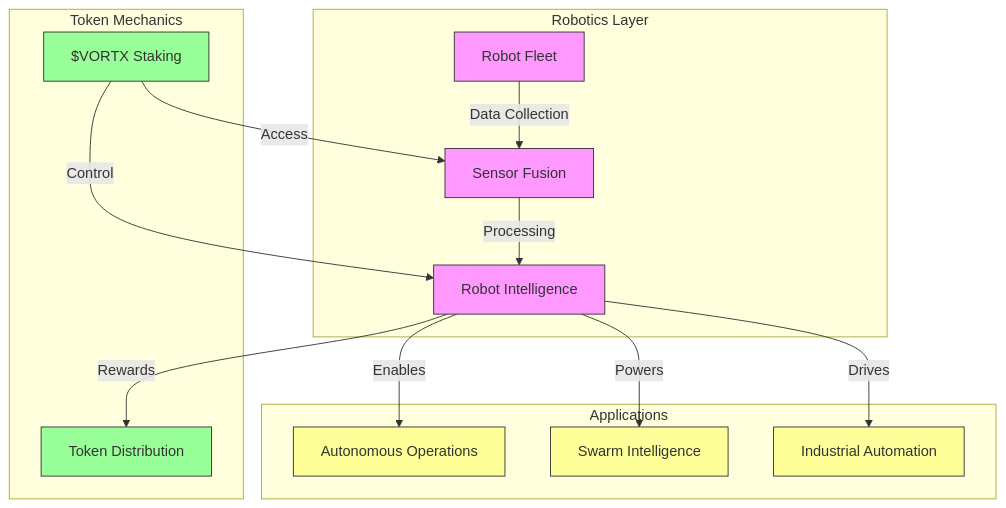
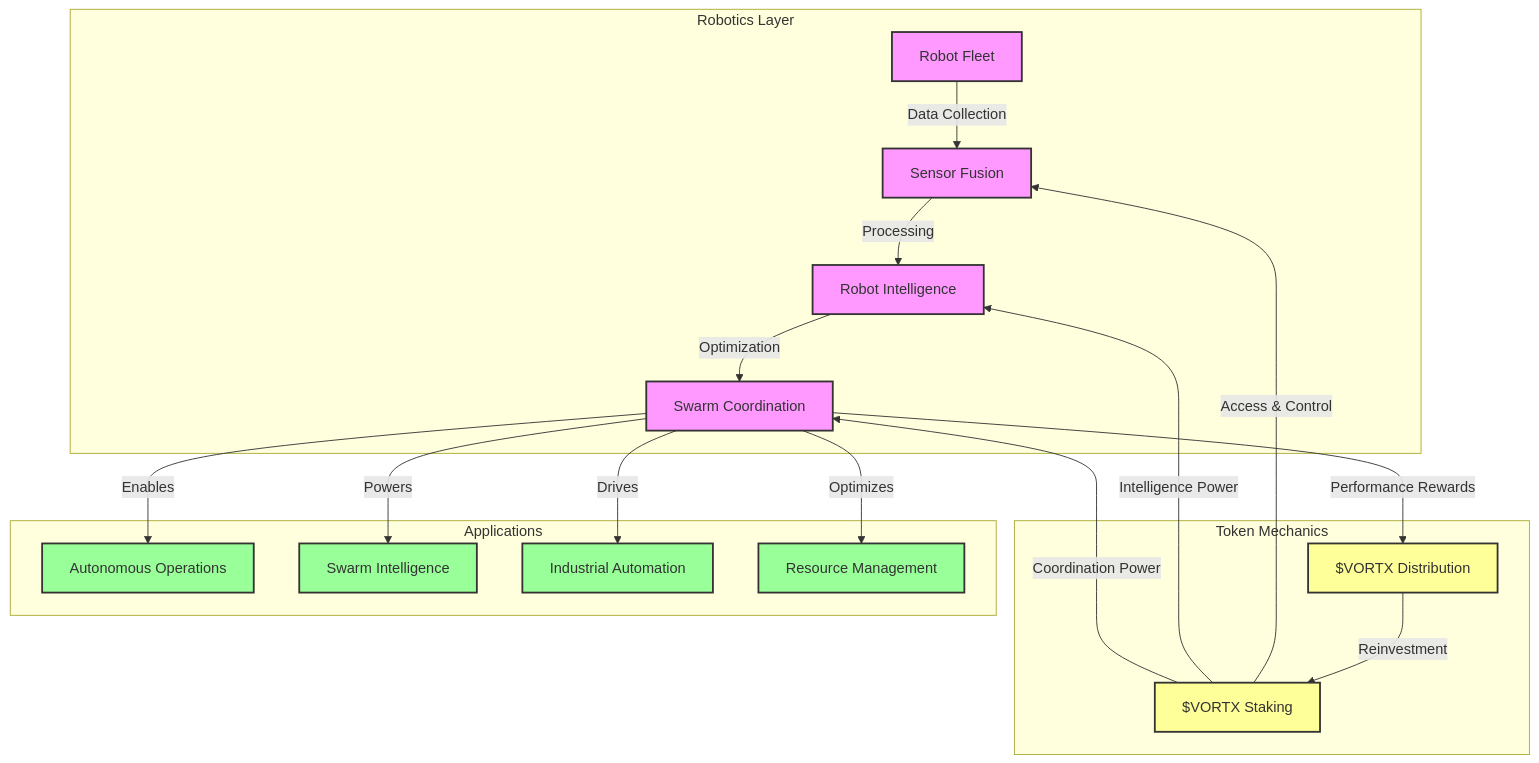
One commit to Vortx-AI/synthetic-satellite changed the first of 4 diagrams in docs/whitepapers/emerging-tech.md. Above: the diagram before and after it, drawn with Mermaid. The commit also changed other lines of this file and 2 other files, not shown here.

````diff
--- a/docs/whitepapers/emerging-tech.md
+++ b/docs/whitepapers/emerging-tech.md
@@ -9,27 +9,31 @@
 ```mermaid
 graph TD
     subgraph Robotics Layer
         R1[Robot Fleet] -->|Data Collection| R2[Sensor Fusion]
         R2 -->|Processing| R3[Robot Intelligence]
+        R3 -->|Optimization| R4[Swarm Coordination]
     end
     
     subgraph Token Mechanics
-        T1[$VORTX Staking] -->|Access| R2
-        T1 -->|Control| R3
-        R3 -->|Rewards| T2[Token Distribution]
+        T1[$VORTX Staking] -->|Access & Control| R2
+        T1 -->|Intelligence Power| R3
+        T1 -->|Coordination Power| R4
+        R4 -->|Performance Rewards| T2[$VORTX Distribution]
+        T2 -->|Reinvestment| T1
     end
     
     subgraph Applications
-        R3 -->|Enables| A1[Autonomous Operations]
-        R3 -->|Powers| A2[Swarm Intelligence]
-        R3 -->|Drives| A3[Industrial Automation]
+        R4 -->|Enables| A1[Autonomous Operations]
+        R4 -->|Powers| A2[Swarm Intelligence]
+        R4 -->|Drives| A3[Industrial Automation]
+        R4 -->|Optimizes| A4[Resource Management]
     end
     
-    classDef robotics fill:#f9f,stroke:#333
-    classDef token fill:#9f9,stroke:#333
-    classDef app fill:#ff9,stroke:#333
+    classDef robotics fill:#f9f,stroke:#333,stroke-width:2px
+    classDef token fill:#ff9,stroke:#333,stroke-width:2px
+    classDef app fill:#9f9,stroke:#333,stroke-width:2px
     
-    class R1,R2,R3 robotics
+    class R1,R2,R3,R4 robotics
     class T1,T2 token
-    class A1,A2,A3 app
+    class A1,A2,A3,A4 app
 ```
````
